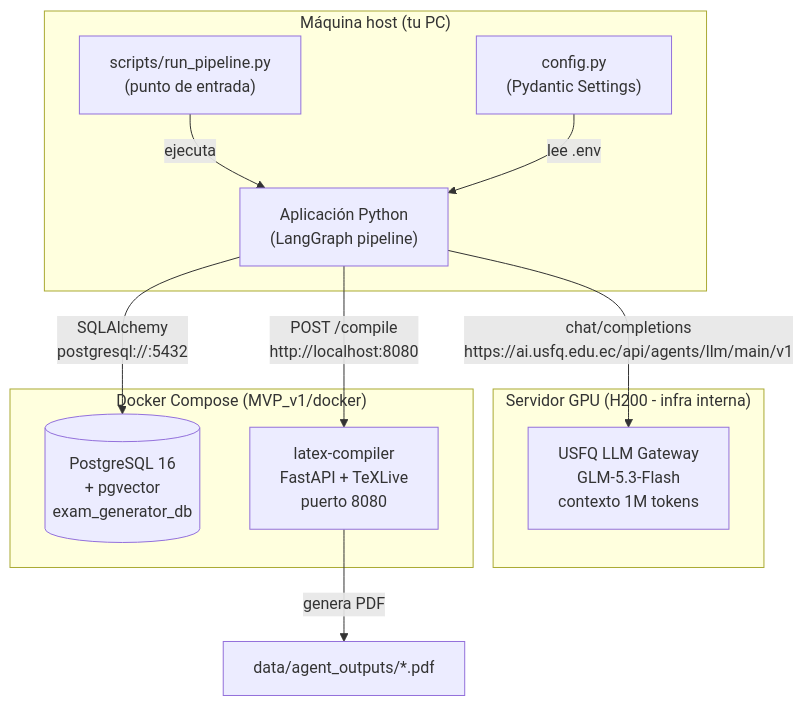
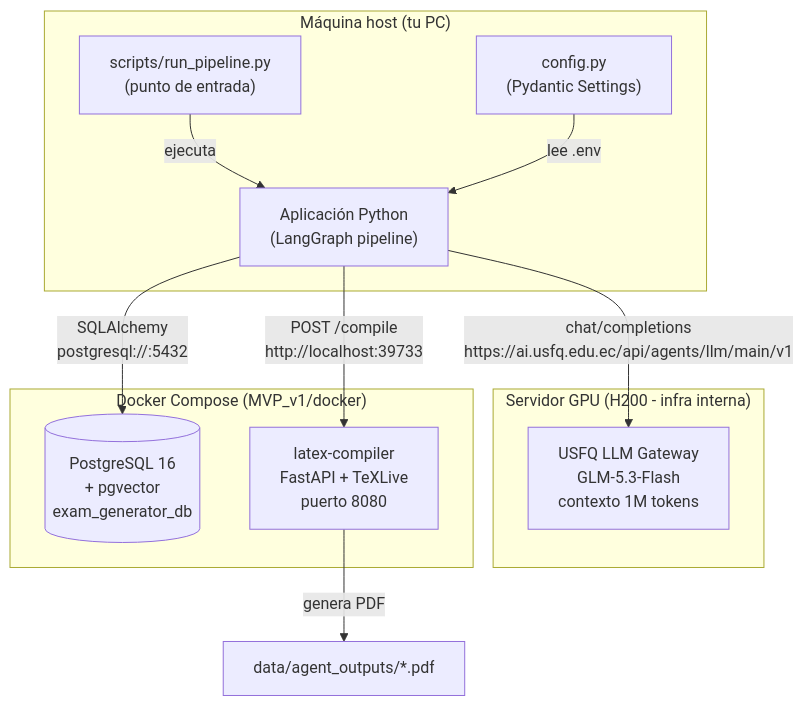
One commit to danilo-pilacuan/examgen-project changed the first of 14 diagrams in ARCHITECTURE.md. Above: the diagram before and after it, drawn with Mermaid. The commit also changed other lines of this file and 27 other files, not shown here.

````diff
--- a/ARCHITECTURE.md
+++ b/ARCHITECTURE.md
@@ -97,24 +97,24 @@
 ```mermaid
 graph TB
     subgraph "Máquina host (tu PC)"
         APP["Aplicación Python<br/>(LangGraph pipeline)"]
         CONFIG["config.py<br/>(Pydantic Settings)"]
         RUN["scripts/run_pipeline.py<br/>(punto de entrada)"]
     end
 
     subgraph "Servidor GPU (H200 - infra interna)"
         VLLM["USFQ LLM Gateway<br/>GLM-5.3-Flash<br/>contexto 1M tokens"]
     end
 
     subgraph "Docker Compose (MVP_v1/docker)"
         PG[("PostgreSQL 16<br/>+ pgvector<br/>exam_generator_db")]
         LC["latex-compiler<br/>FastAPI + TeXLive<br/>puerto 8080"]
     end
 
     RUN -->|"ejecuta"| APP
     APP -->|"chat/completions<br/>https://ai.usfq.edu.ec/api/agents/llm/main/v1"| VLLM
     APP -->|"SQLAlchemy<br/>postgresql://:5432"| PG
-    APP -->|"POST /compile<br/>http://localhost:8080"| LC
+    APP -->|"POST /compile<br/>http://localhost:39733"| LC
     LC -->|"genera PDF"| OUT["data/agent_outputs/*.pdf"]
     CONFIG -->|"lee .env"| APP
 ```
````
